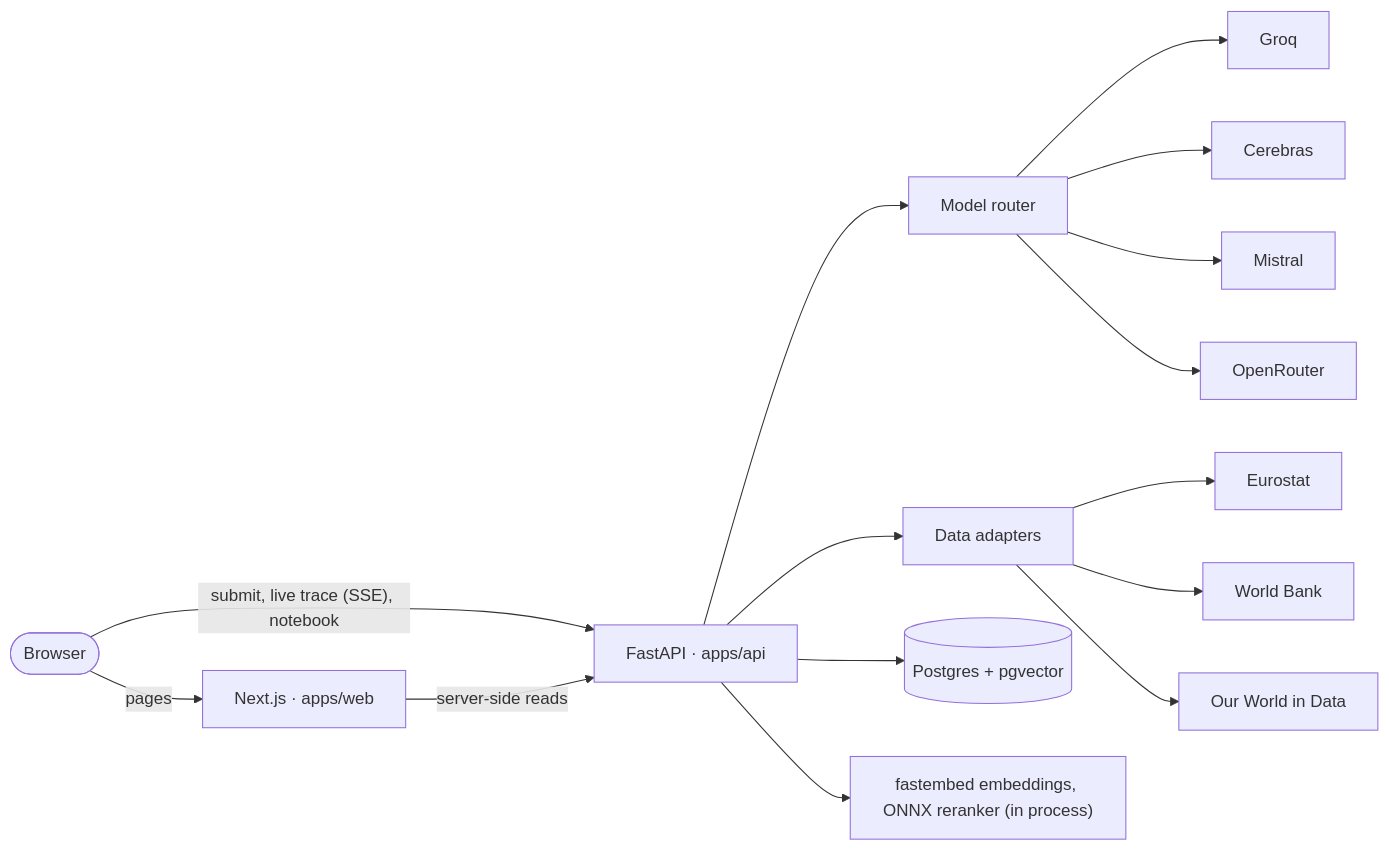
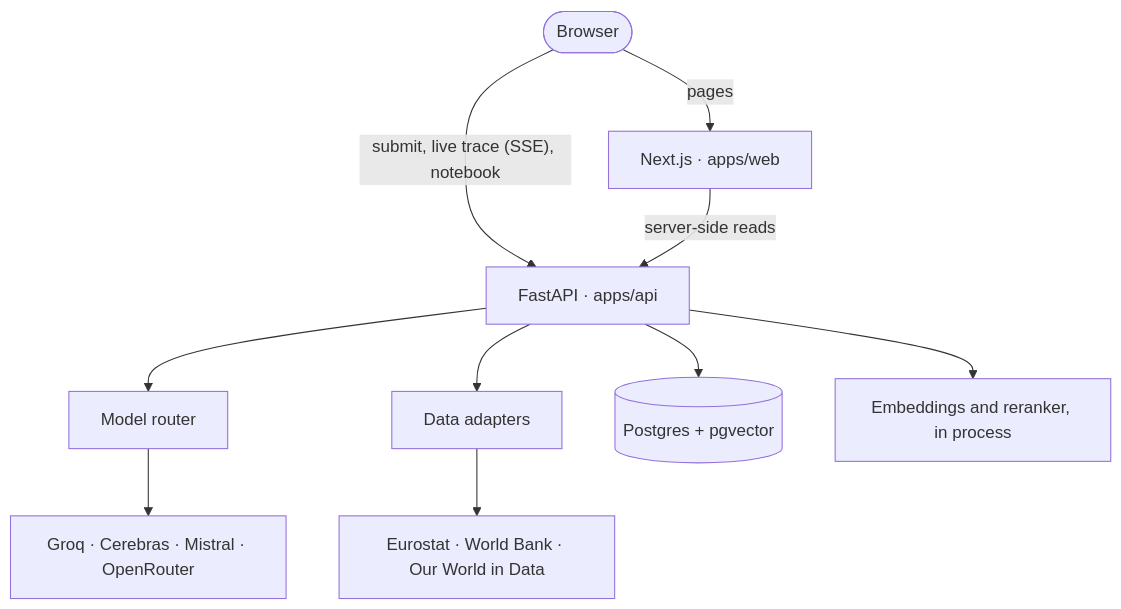
Before and after one commit to sinahatami/holdsup: the second of 2 diagrams in README.md, drawn with Mermaid. The commit also changed other lines of this file, not shown here.

Commit message:
docs: shorter diagram labels so GitHub draws them at a readable size

````diff
--- a/README.md
+++ b/README.md
@@ -70,12 +74,10 @@
 ```mermaid
-flowchart LR
+flowchart TD
     B(["Browser"]) -->|pages| WEB["Next.js · apps/web"]
     B -->|"submit, live trace (SSE), notebook"| API["FastAPI · apps/api"]
     WEB -->|server-side reads| API
-    API --> ROUTER["Model router"]
-    ROUTER --> GROQ["Groq"] & CEREBRAS["Cerebras"] & MISTRAL["Mistral"] & OPENROUTER["OpenRouter"]
-    API --> ADAPTERS["Data adapters"]
-    ADAPTERS --> EUROSTAT["Eurostat"] & WB["World Bank"] & OWID["Our World in Data"]
+    API --> ROUTER["Model router"] --> MODELS["Groq · Cerebras · Mistral · OpenRouter"]
+    API --> ADAPTERS["Data adapters"] --> SOURCES["Eurostat · World Bank · Our World in Data"]
     API --> DB[("Postgres + pgvector")]
-    API --> LOCAL["fastembed embeddings, ONNX reranker (in process)"]
+    API --> LOCAL["Embeddings and reranker, in process"]
 ```
````
